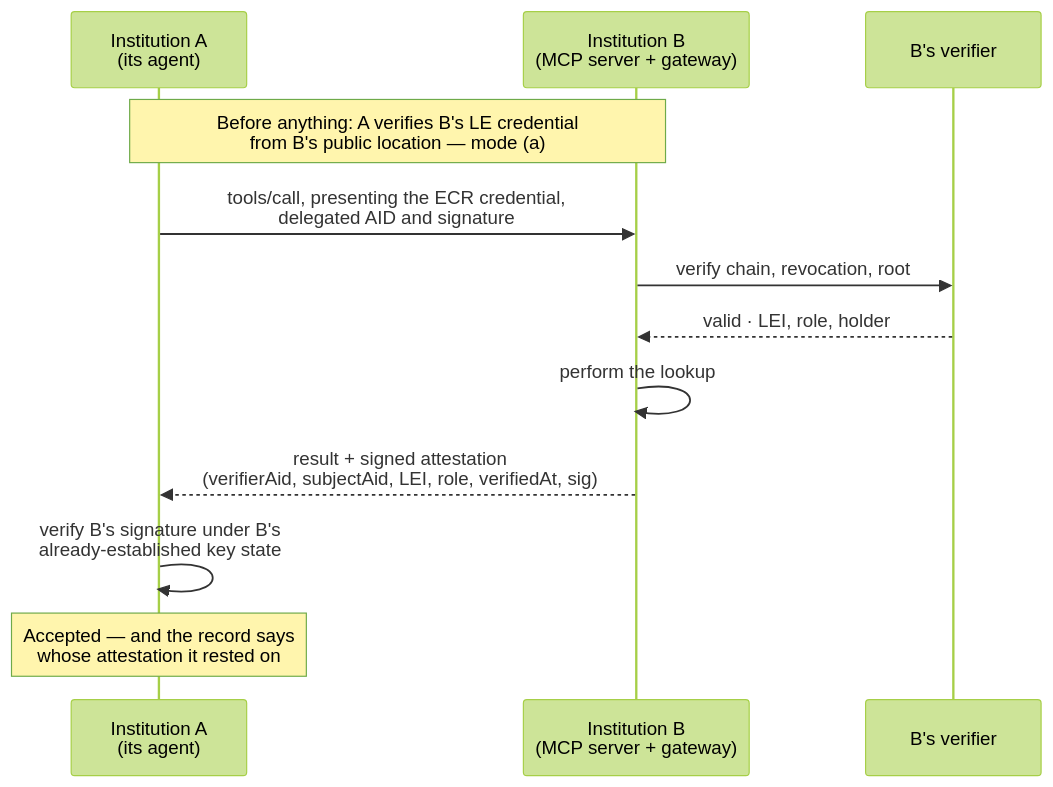
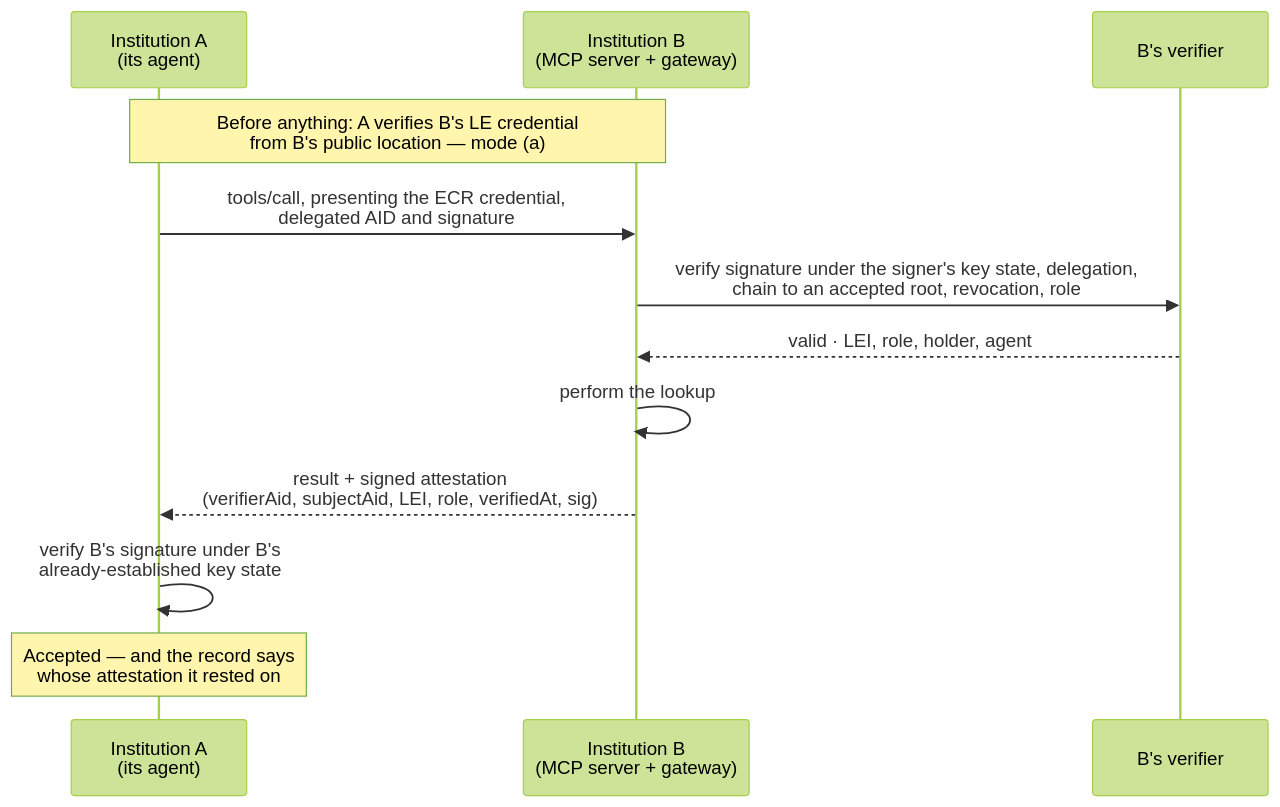
One commit to zuemen/mcp-vlei changed the second of 2 diagrams in docs/GOVERNMENT.md. Above: the diagram before and after it, drawn with Mermaid (forest theme). The commit also changed other lines of this file and 16 other files, not shown here.

````diff
--- a/docs/GOVERNMENT.md
+++ b/docs/GOVERNMENT.md
@@ -149,17 +153,17 @@
 ```mermaid
 sequenceDiagram
     participant A as Institution A<br/>(its agent)
     participant B as Institution B<br/>(MCP server + gateway)
     participant V as B's verifier
 
     Note over A,B: Before anything: A verifies B's LE credential<br/>from B's public location — mode (a)
 
     A->>B: tools/call, presenting the ECR credential,<br/>delegated AID and signature
-    B->>V: verify chain, revocation, root
-    V-->>B: valid · LEI, role, holder
+    B->>V: verify signature under the signer's key state, delegation,<br/>chain to an accepted root, revocation, role
+    V-->>B: valid · LEI, role, holder, agent
     B->>B: perform the lookup
     B-->>A: result + signed attestation<br/>(verifierAid, subjectAid, LEI, role, verifiedAt, sig)
 
     A->>A: verify B's signature under B's<br/>already-established key state
     Note over A: Accepted — and the record says<br/>whose attestation it rested on
 ```
````
